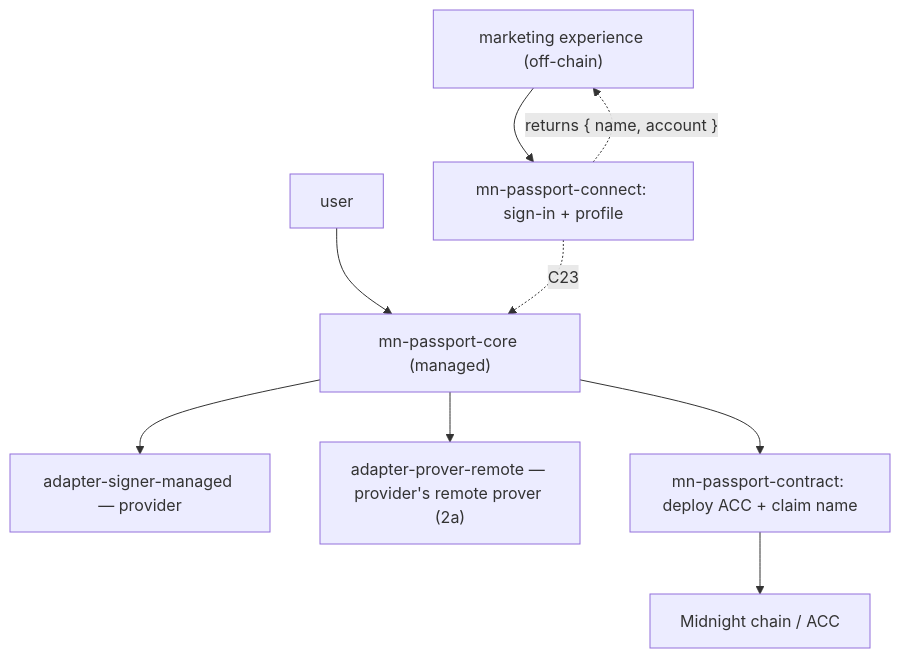
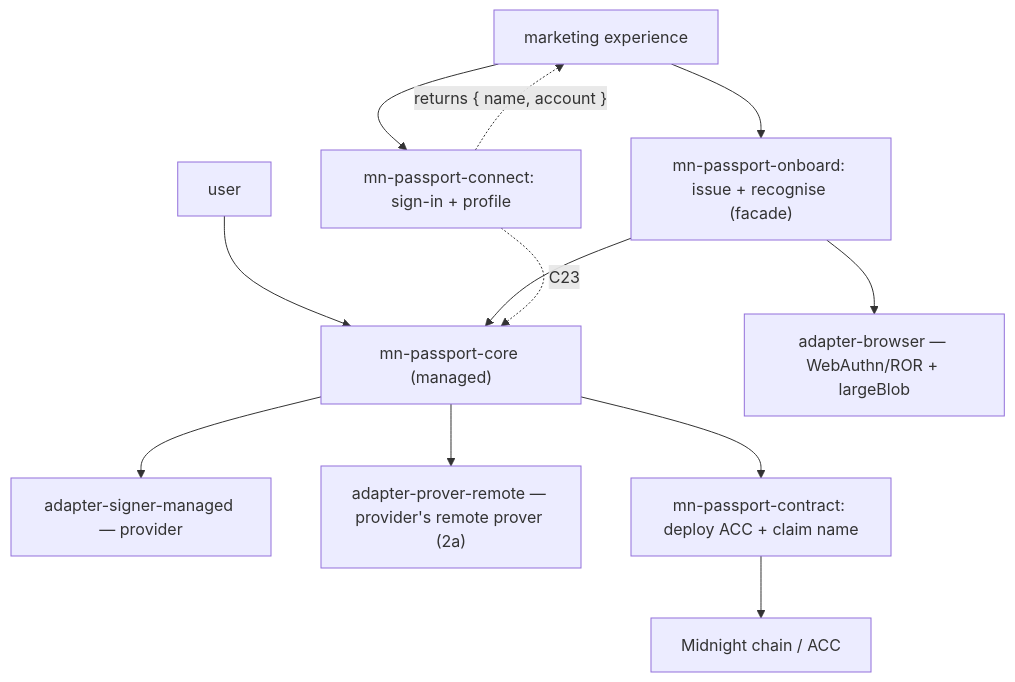
The diagram in docs/beta-scope.md (midnightntwrk/midnight-passport-sdk), drawn with Mermaid before and after one commit. The commit also changed other lines of this file and 8 other files, not shown here.

````diff
--- a/docs/beta-scope.md
+++ b/docs/beta-scope.md
@@ -97,11 +119,14 @@
 ```mermaid
 flowchart TB
-  DAPP["marketing experience (off-chain)"] --> CONNECT["mn-passport-connect: sign-in + profile"]
+  DAPP["marketing experience"] --> CONNECT["mn-passport-connect: sign-in + profile"]
+  DAPP --> ONBOARD["mn-passport-onboard: issue + recognise (facade)"]
   CONNECT -. "returns { name, account }" .-> DAPP
   USER["user"] --> CORE["mn-passport-core (managed)"]
+  ONBOARD --> CORE
+  ONBOARD --> BROW["adapter-browser — WebAuthn/ROR + largeBlob"]
   CORE --> SIGN["adapter-signer-managed — provider"]
   CORE --> PROVE["adapter-prover-remote — provider's remote prover (2a)"]
   CORE --> CONTRACT["mn-passport-contract: deploy ACC + claim name"]
   CONTRACT --> CHAIN["Midnight chain / ACC"]
   CONNECT -. "C23" .-> CORE
 ```
````
